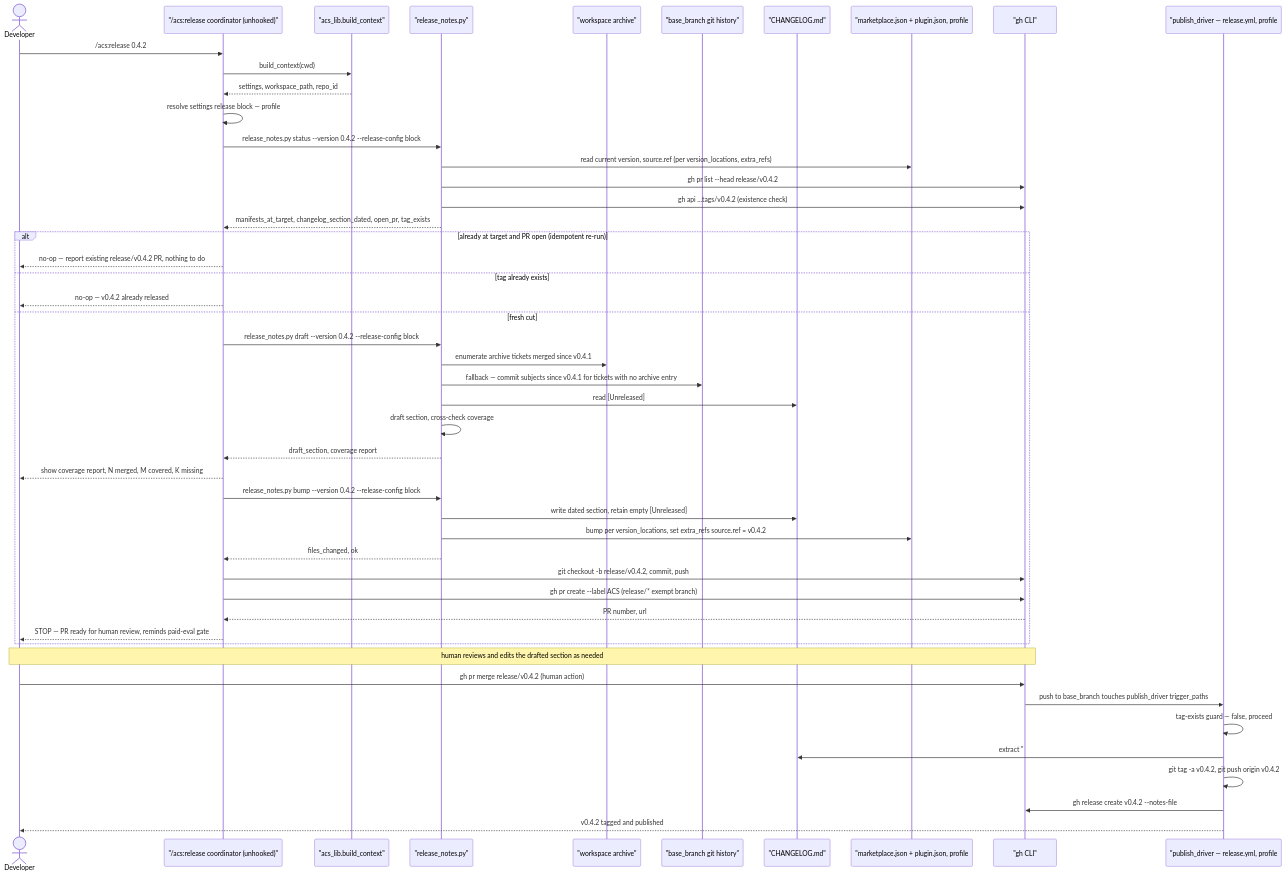
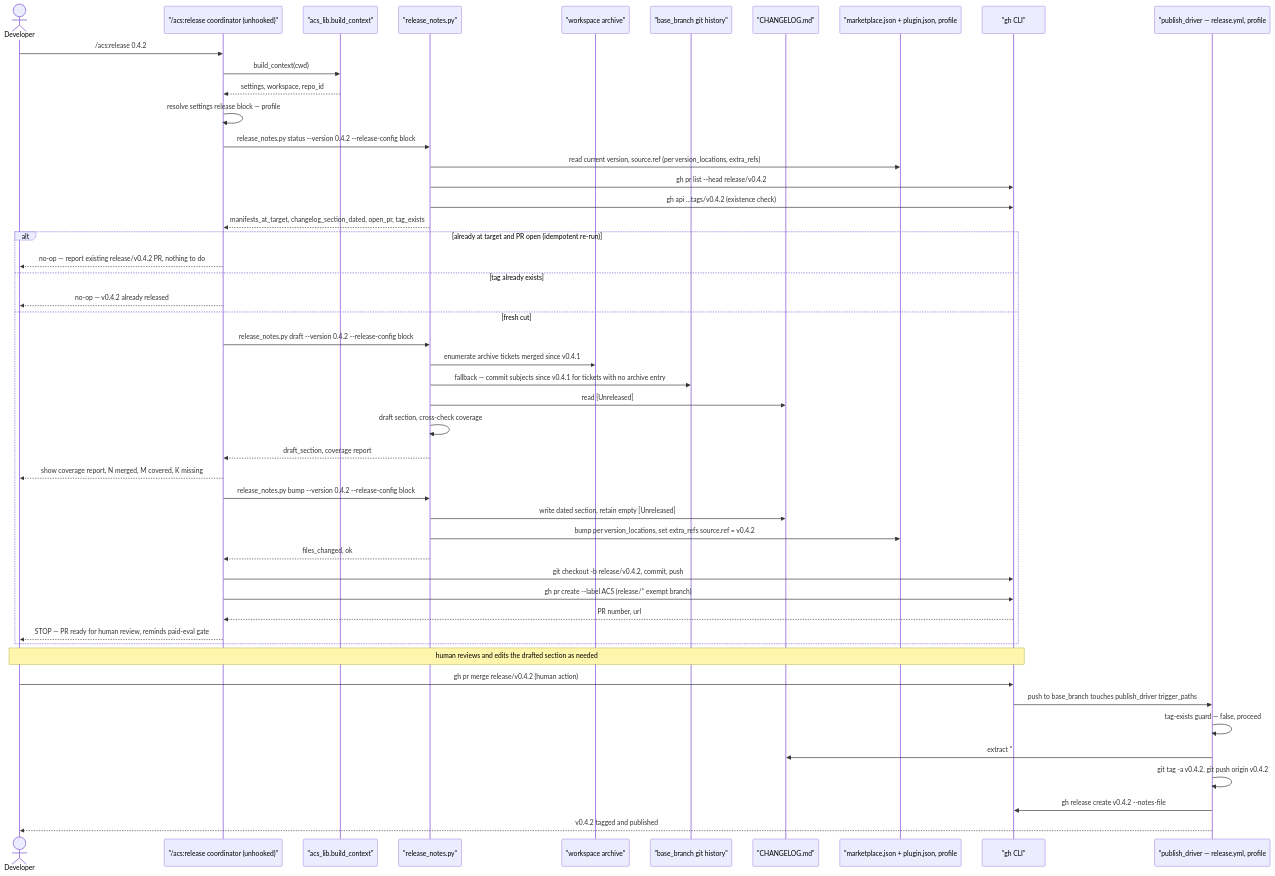
The diagram in docs/architecture/lld/flows/release-cut.md (globalmindsolution/gms-marketplace), drawn with Mermaid before and after one commit. The commit also changed 1036 other files, not shown here.

````diff
--- a/docs/architecture/lld/flows/release-cut.md
+++ b/docs/architecture/lld/flows/release-cut.md
@@ -13,54 +13,54 @@
 ```mermaid
 sequenceDiagram
     actor Dev as Developer
     participant Rel as "/acs:release coordinator (unhooked)"
     participant Lib as "acs_lib.build_context"
     participant RN as "release_notes.py"
     participant Arc as "workspace archive"
     participant Git as "base_branch git history"
     participant Chg as "CHANGELOG.md"
     participant Man as "marketplace.json + plugin.json, profile #1 version_locations + extra_refs"
     participant Gh as "gh CLI"
     participant Wf as "publish_driver — release.yml, profile #1, CI"
 
     Dev->>Rel: /acs:release 0.4.2
     Rel->>Lib: build_context(cwd)
-    Lib-->>Rel: settings, workspace_path, repo_id
+    Lib-->>Rel: settings, workspace, repo_id
     Rel->>Rel: resolve settings release block — profile #1 (version_locations, extra_refs, changelog_path, tag_format, base_branch, release_branch_format, publish_driver)
     Rel->>RN: release_notes.py status --version 0.4.2 --release-config block
     RN->>Man: read current version, source.ref (per version_locations, extra_refs)
     RN->>Gh: gh pr list --head release/v0.4.2
     RN->>Gh: gh api ...tags/v0.4.2 (existence check)
     RN-->>Rel: manifests_at_target, changelog_section_dated, open_pr, tag_exists
 
     alt already at target and PR open (idempotent re-run)
         Rel-->>Dev: no-op — report existing release/v0.4.2 PR, nothing to do
     else tag already exists
         Rel-->>Dev: no-op — v0.4.2 already released
     else fresh cut
         Rel->>RN: release_notes.py draft --version 0.4.2 --release-config block
         RN->>Arc: enumerate archive tickets merged since v0.4.1
         RN->>Git: fallback — commit subjects since v0.4.1 for tickets with no archive entry
         RN->>Chg: read [Unreleased]
         RN->>RN: draft section, cross-check coverage
         RN-->>Rel: draft_section, coverage report
         Rel-->>Dev: show coverage report, N merged, M covered, K missing
         Rel->>RN: release_notes.py bump --version 0.4.2 --release-config block
         RN->>Chg: write dated section, retain empty [Unreleased]
         RN->>Man: bump per version_locations, set extra_refs source.ref = v0.4.2
         RN-->>Rel: files_changed, ok
         Rel->>Gh: git checkout -b release/v0.4.2, commit, push
         Rel->>Gh: gh pr create --label ACS (release/* exempt branch)
         Gh-->>Rel: PR number, url
         Rel-->>Dev: STOP — PR ready for human review, reminds paid-eval gate
     end
 
     Note over Dev,Gh: human reviews and edits the drafted section as needed
     Dev->>Gh: gh pr merge release/v0.4.2 (human action)
     Gh->>Wf: push to base_branch touches publish_driver trigger_paths
     Wf->>Wf: tag-exists guard — false, proceed
     Wf->>Chg: extract "## [0.4.2]" section verbatim
     Wf->>Wf: git tag -a v0.4.2, git push origin v0.4.2
     Wf->>Gh: gh release create v0.4.2 --notes-file
     Wf-->>Dev: v0.4.2 tagged and published
 ```
````
